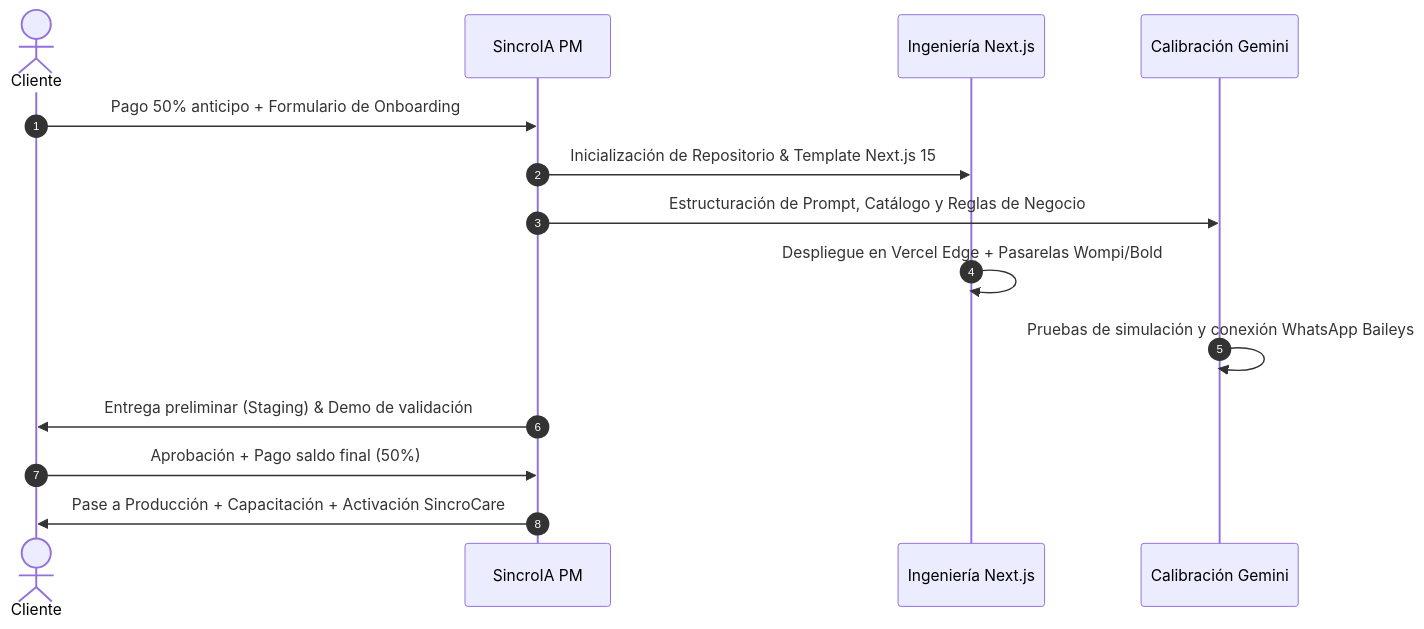
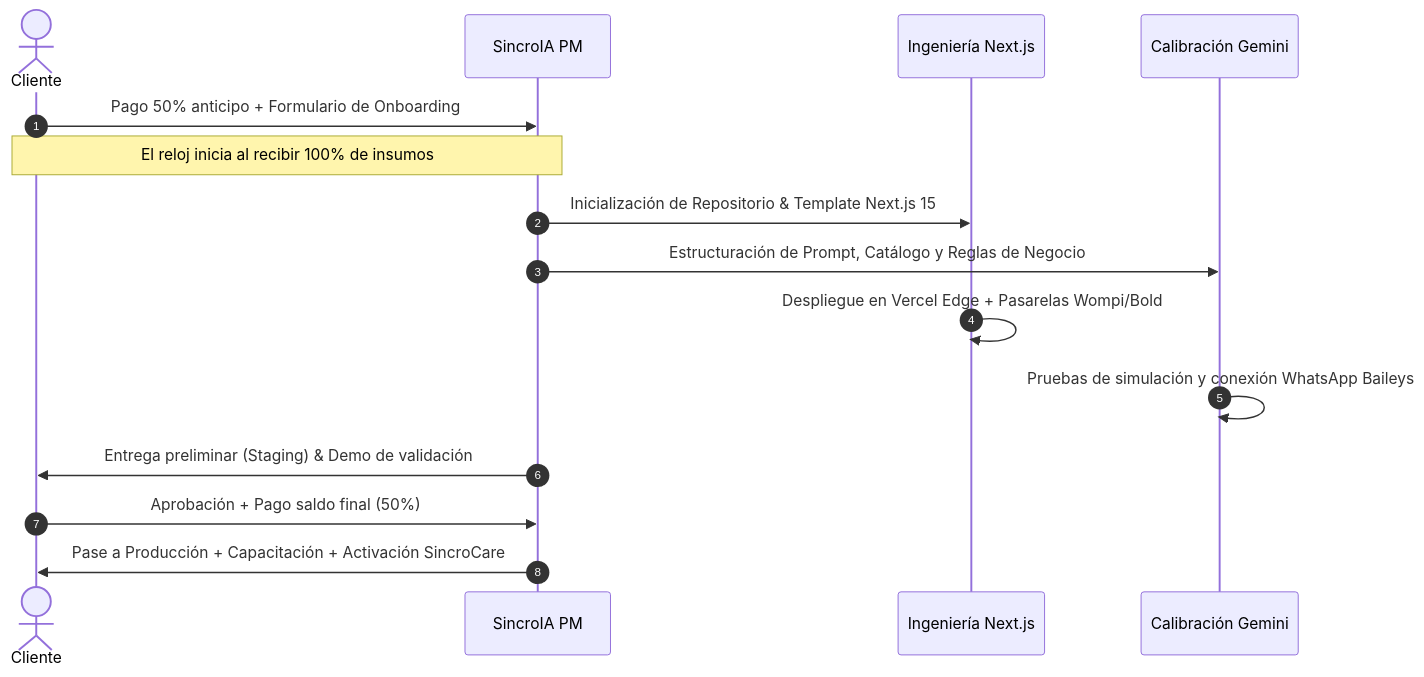
The fifth of 5 diagrams in docs/PLAN_DE_NEGOCIOS_SINCROIA.md (AlejoLamg/Sincria-), drawn with Mermaid before and after one commit. The commit also changed other lines of this file and 1 other file, not shown here.

Commit message:
docs: add delivery timeline matrix and official equitable service contract template

````diff
--- a/docs/PLAN_DE_NEGOCIOS_SINCROIA.md
+++ b/docs/PLAN_DE_NEGOCIOS_SINCROIA.md
@@ -302,17 +325,18 @@
 ```mermaid
 sequenceDiagram
     autonumber
     actor Cliente
     participant PM as SincroIA PM
     participant Dev as Ingeniería Next.js
     participant AI as Calibración Gemini
 
     Cliente->>PM: Pago 50% anticipo + Formulario de Onboarding
+    Note over Cliente,PM: El reloj inicia al recibir 100% de insumos
     PM->>Dev: Inicialización de Repositorio & Template Next.js 15
     PM->>AI: Estructuración de Prompt, Catálogo y Reglas de Negocio
     Dev->>Dev: Despliegue en Vercel Edge + Pasarelas Wompi/Bold
     AI->>AI: Pruebas de simulación y conexión WhatsApp Baileys
     PM->>Cliente: Entrega preliminar (Staging) & Demo de validación
     Cliente->>PM: Aprobación + Pago saldo final (50%)
     PM->>Cliente: Pase a Producción + Capacitación + Activación SincroCare
 ```
````
